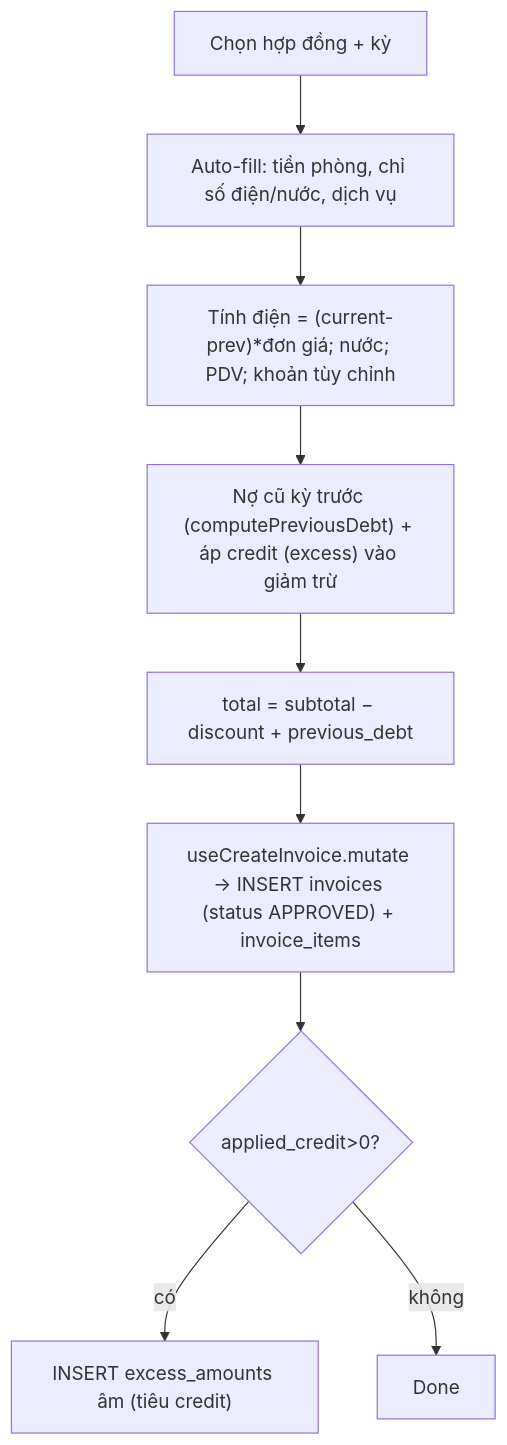
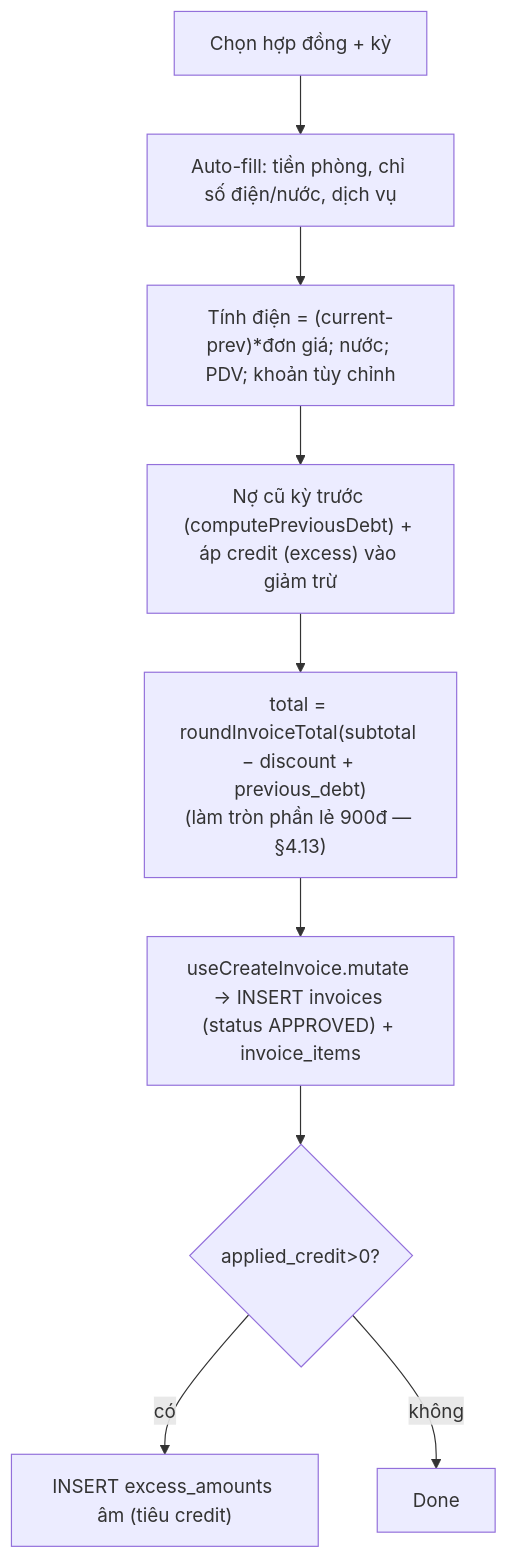
Before and after one commit to zxGreenxz/whiteboard-ihomecrm: the fourth of 5 diagrams in docs/he-thong/07-hoa-don-thanh-toan.md, drawn with Mermaid. The commit also changed other lines of this file and 20 other files, not shown here.

````diff
--- a/docs/he-thong/07-hoa-don-thanh-toan.md
+++ b/docs/he-thong/07-hoa-don-thanh-toan.md
@@ -376,11 +400,11 @@
 ```mermaid
 flowchart TD
     A["Chọn hợp đồng + kỳ"] --> B["Auto-fill: tiền phòng, chỉ số điện/nước, dịch vụ"]
     B --> C["Tính điện = (current-prev)*đơn giá; nước; PDV; khoản tùy chỉnh"]
     C --> D["Nợ cũ kỳ trước (computePreviousDebt) + áp credit (excess) vào giảm trừ"]
-    D --> E["total = subtotal − discount + previous_debt"]
+    D --> E["total = roundInvoiceTotal(subtotal − discount + previous_debt)<br/>(làm tròn phần lẻ 900đ — §4.13)"]
     E --> F["useCreateInvoice.mutate → INSERT invoices (status APPROVED) + invoice_items"]
     F --> G{applied_credit>0?}
     G -->|có| H["INSERT excess_amounts âm (tiêu credit)"]
     G -->|không| I[Done]
 ```
````
